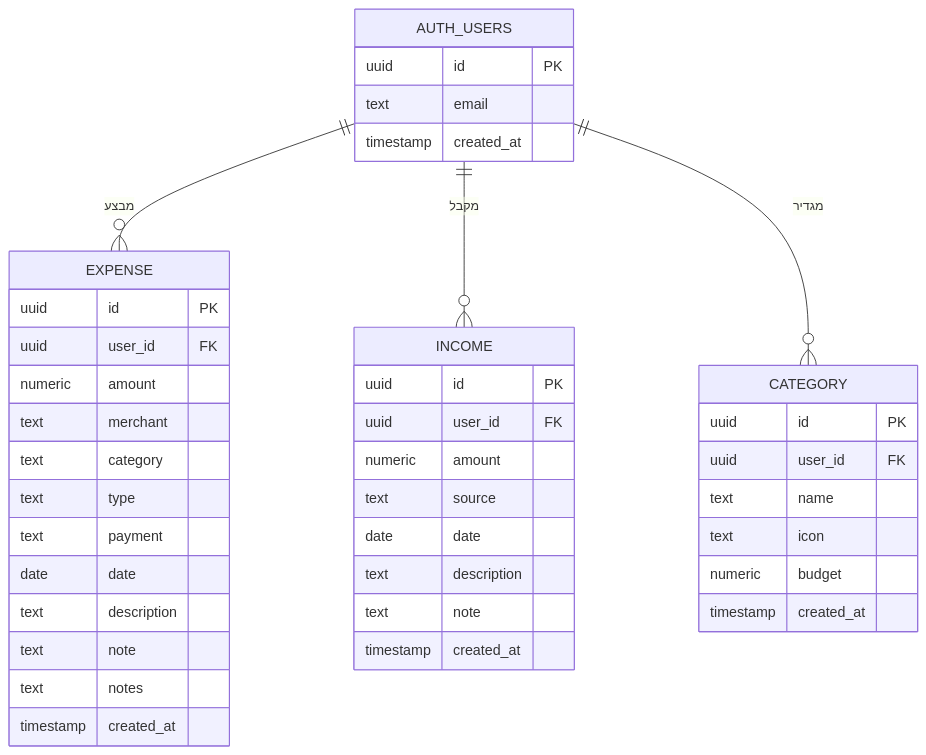
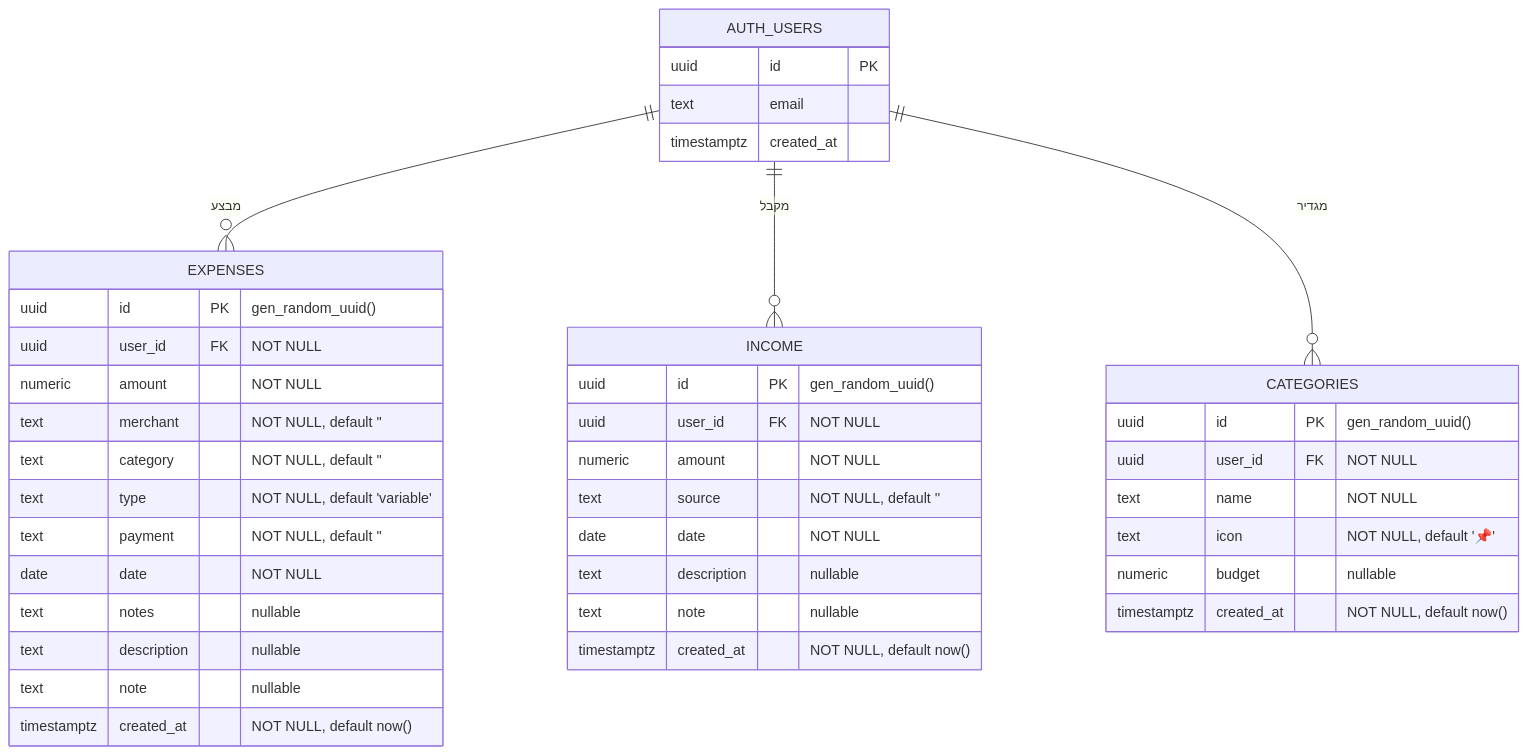
The diagram in ERD.md (Shiramoss/trackit-expense-app), drawn with Mermaid before and after one commit. The commit also changed other lines of this file, not shown here.

First line of the commit message:
docs: overhaul ERD with full schema details and RLS policies

````diff
--- a/ERD.md
+++ b/ERD.md
@@ -5,44 +5,47 @@
 ```mermaid
 erDiagram
   AUTH_USERS {
-    uuid id PK
-    text email
-    timestamp created_at
-  }
-  EXPENSE {
-    uuid id PK
-    uuid user_id FK
-    numeric amount
-    text merchant
-    text category
-    text type
-    text payment
-    date date
-    text description
-    text note
-    text notes
-    timestamp created_at
-  }
-  INCOME {
-    uuid id PK
-    uuid user_id FK
-    numeric amount
-    text source
-    date date
-    text description
-    text note
-    timestamp created_at
-  }
-  CATEGORY {
-    uuid id PK
-    uuid user_id FK
-    text name
-    text icon
-    numeric budget
-    timestamp created_at
+    uuid    id         PK
+    text    email
+    timestamptz created_at
   }
 
-  AUTH_USERS ||--o{ EXPENSE   : "מבצע"
-  AUTH_USERS ||--o{ INCOME    : "מקבל"
-  AUTH_USERS ||--o{ CATEGORY  : "מגדיר"
+  EXPENSES {
+    uuid        id          PK  "gen_random_uuid()"
+    uuid        user_id     FK  "NOT NULL"
+    numeric     amount          "NOT NULL"
+    text        merchant        "NOT NULL, default ''"
+    text        category        "NOT NULL, default ''"
+    text        type            "NOT NULL, default 'variable'"
+    text        payment         "NOT NULL, default ''"
+    date        date            "NOT NULL"
+    text        notes           "nullable"
+    text        description     "nullable"
+    text        note            "nullable"
+    timestamptz created_at      "NOT NULL, default now()"
+  }
+
+  INCOME {
+    uuid        id          PK  "gen_random_uuid()"
+    uuid        user_id     FK  "NOT NULL"
+    numeric     amount          "NOT NULL"
+    text        source          "NOT NULL, default ''"
+    date        date            "NOT NULL"
+    text        description     "nullable"
+    text        note            "nullable"
+    timestamptz created_at      "NOT NULL, default now()"
+  }
+
+  CATEGORIES {
+    uuid        id          PK  "gen_random_uuid()"
+    uuid        user_id     FK  "NOT NULL"
+    text        name            "NOT NULL"
+    text        icon            "NOT NULL, default '📌'"
+    numeric     budget          "nullable"
+    timestamptz created_at      "NOT NULL, default now()"
+  }
+
+  AUTH_USERS ||--o{ EXPENSES   : "מבצע"
+  AUTH_USERS ||--o{ INCOME     : "מקבל"
+  AUTH_USERS ||--o{ CATEGORIES : "מגדיר"
 ```
````
